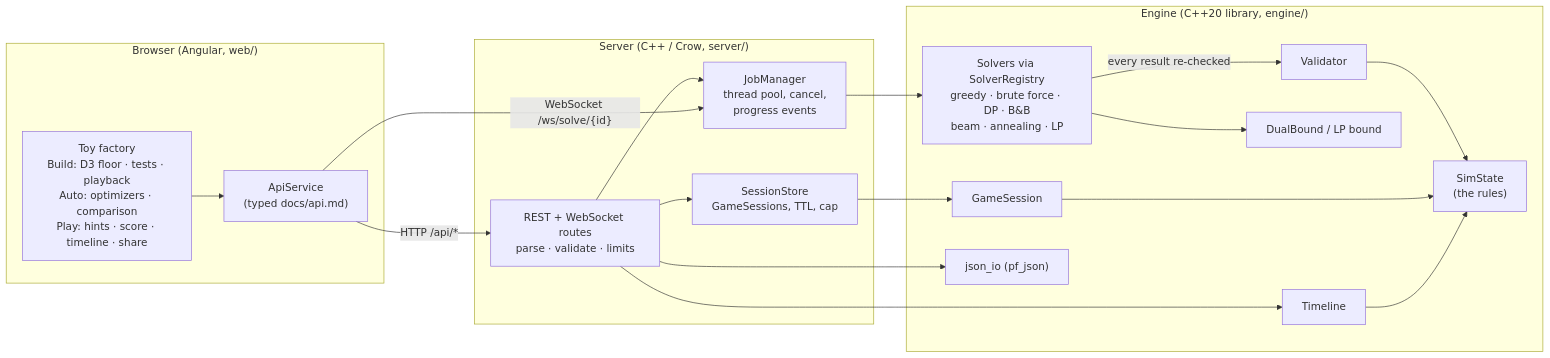
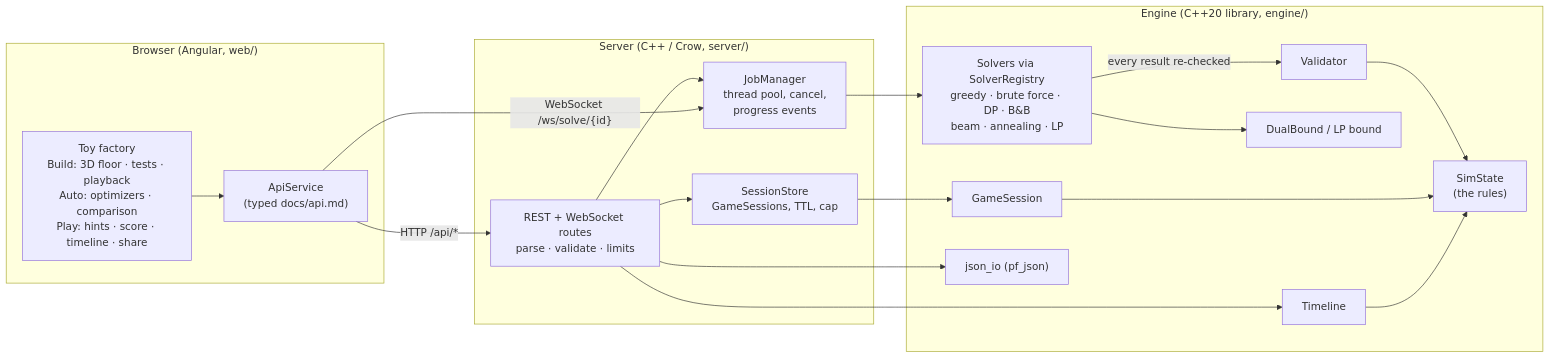
Before and after one commit to XuanGiaHanNguyen/ProcessEngine: the first of 4 diagrams in docs/architecture.md, drawn with Mermaid. The commit also changed other lines of this file and 58 other files, not shown here.

First line of the commit message:
F10: 3D toy factory floor, Expert level, toy-style panels, app icon

````diff
--- a/docs/architecture.md
+++ b/docs/architecture.md
@@ -6,38 +6,38 @@
 ```mermaid
 flowchart LR
   subgraph Browser["Browser (Angular, web/)"]
-    Factory["Toy factory<br/>Build: D3 floor · tests · playback<br/>Auto: optimizers · comparison<br/>Play: hints · score · timeline · share"]
+    Factory["Toy factory<br/>Build: 3D floor · tests · playback<br/>Auto: optimizers · comparison<br/>Play: hints · score · timeline · share"]
     Api["ApiService<br/>(typed docs/api.md)"]
     Factory --> Api
   end
 
   subgraph Server["Server (C++ / Crow, server/)"]
     Routes["REST + WebSocket routes<br/>parse · validate · limits"]
     Jobs["JobManager<br/>thread pool, cancel,<br/>progress events"]
     Sessions["SessionStore<br/>GameSessions, TTL, cap"]
     Routes --> Jobs
     Routes --> Sessions
   end
 
   subgraph Engine["Engine (C++20 library, engine/)"]
     Rules["SimState<br/>(the rules)"]
     Validator["Validator"]
     Game["GameSession"]
     Solvers["Solvers via SolverRegistry<br/>greedy · brute force · DP · B&B<br/>beam · annealing · LP"]
     Bound["DualBound / LP bound"]
     Timeline["Timeline"]
     JsonIO["json_io (pf_json)"]
     Validator --> Rules
     Game --> Rules
     Timeline --> Rules
     Solvers -->|"every result re-checked"| Validator
     Solvers --> Bound
   end
 
   Api -- "HTTP /api/*" --> Routes
   Api -- "WebSocket /ws/solve/{id}" --> Jobs
   Jobs --> Solvers
   Sessions --> Game
   Routes --> Timeline
   Routes --> JsonIO
 ```
````
